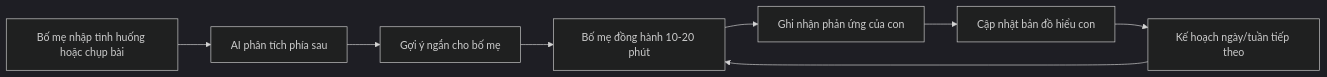
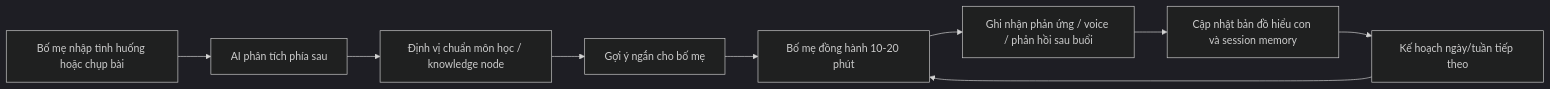
Before and after one commit to AnhBeva/ai-hieu-con-docs: the diagram in docs/vi/index.md, drawn with Mermaid (dark theme). The commit also changed other lines of this file and 9 other files, not shown here.

Commit message:
Update AI Hieu Con curriculum and session intelligence docs

````diff
--- a/docs/vi/index.md
+++ b/docs/vi/index.md
@@ -52,10 +60,11 @@
 ```mermaid
 flowchart LR
     A["Bố mẹ nhập tình huống hoặc chụp bài"] --> B["AI phân tích phía sau"]
-    B --> C["Gợi ý ngắn cho bố mẹ"]
+    B --> H["Định vị chuẩn môn học / knowledge node"]
+    H --> C["Gợi ý ngắn cho bố mẹ"]
     C --> D["Bố mẹ đồng hành 10-20 phút"]
-    D --> E["Ghi nhận phản ứng của con"]
-    E --> F["Cập nhật bản đồ hiểu con"]
+    D --> E["Ghi nhận phản ứng / voice / phản hồi sau buổi"]
+    E --> F["Cập nhật bản đồ hiểu con và session memory"]
     F --> G["Kế hoạch ngày/tuần tiếp theo"]
     G --> D
 ```
````
